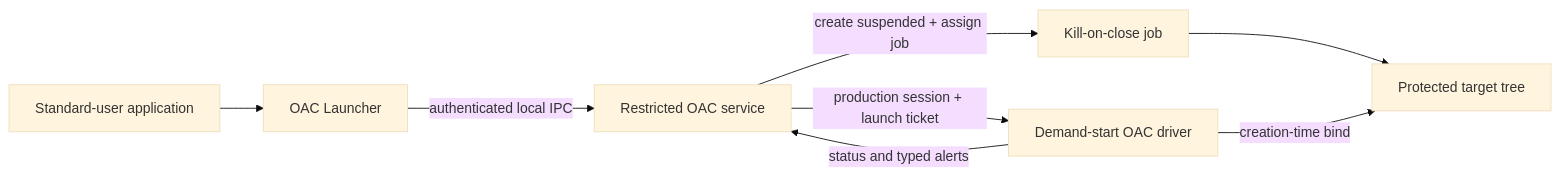
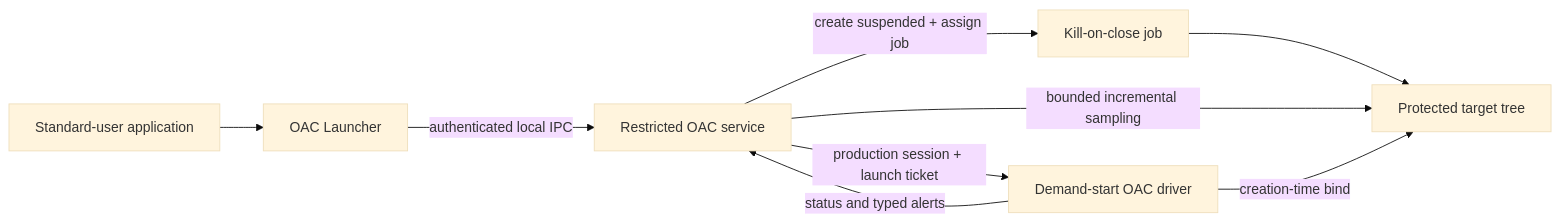
The diagram in README.md (lauralex/OAC), drawn with Mermaid (base theme) before and after one commit. The commit also changed other lines of this file and 26 other files, not shown here.

Commit message:
Add bounded service scan scheduler

````diff
--- a/README.md
+++ b/README.md
@@ -41,10 +41,11 @@
 ```mermaid
 flowchart LR
     User["Standard-user application"] --> Launcher["OAC Launcher"]
     Launcher -->|"authenticated local IPC"| Service["Restricted OAC service"]
     Service -->|"production session + launch ticket"| Driver["Demand-start OAC driver"]
     Service -->|"create suspended + assign job"| Job["Kill-on-close job"]
     Job --> Target["Protected target tree"]
+    Service -->|"bounded incremental sampling"| Target
     Driver -->|"creation-time bind"| Target
     Driver -->|"status and typed alerts"| Service
 ```
````
